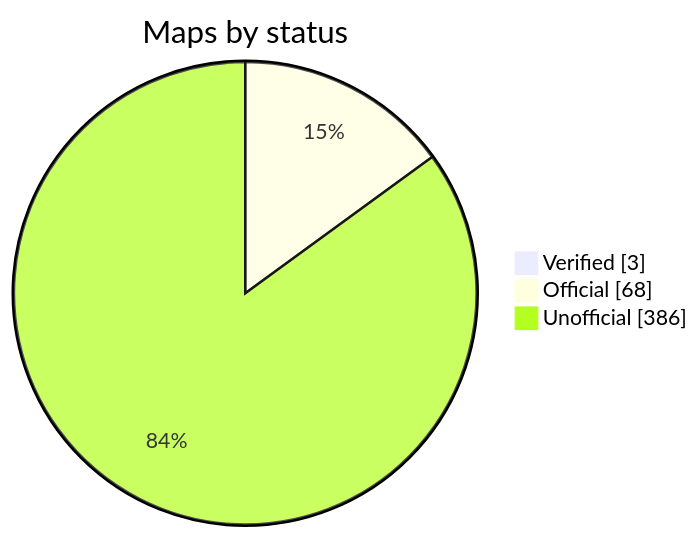
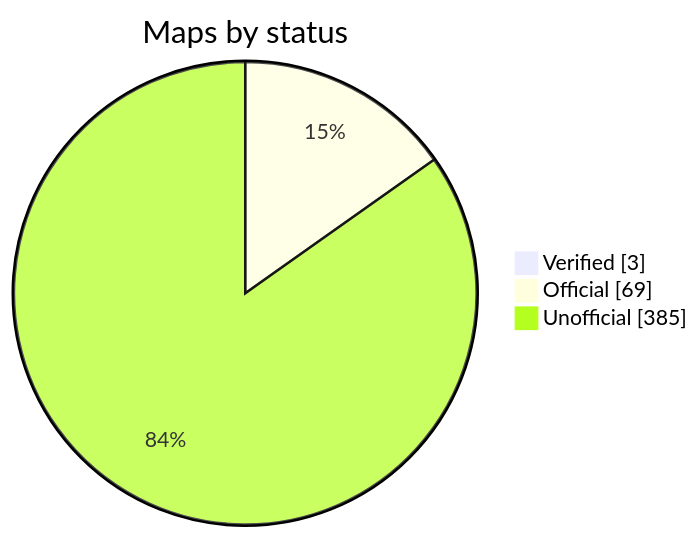
One commit to nobrega8/mbmap-library changed the diagram in README.md. Above: the diagram before and after it, drawn with Mermaid. The commit also changed 2 other files, not shown here.

Commit message:
Rewrite the Accuenergy AcuRev 1310 map from the Modbus map and manual
From Accuenergy's AcuRev 1310 Modbus map (v1.00) and users manual
(v1.2.11): real-time floats with their units (kW, kvar, kVA), energies
as counts of 0.01 kWh, TOU, monthly and dual-source energies, demand
peaks, max/min values, records, system settings with their limits,
clock, daylight saving and the SunSpec marker as a reference value.
Marked official.

````diff
--- a/README.md
+++ b/README.md
@@ -48,7 +48,7 @@
 ```mermaid
 pie showData
     title Maps by status
     "Verified" : 3
-    "Official" : 68
-    "Unofficial" : 386
+    "Official" : 69
+    "Unofficial" : 385
 ```
````
